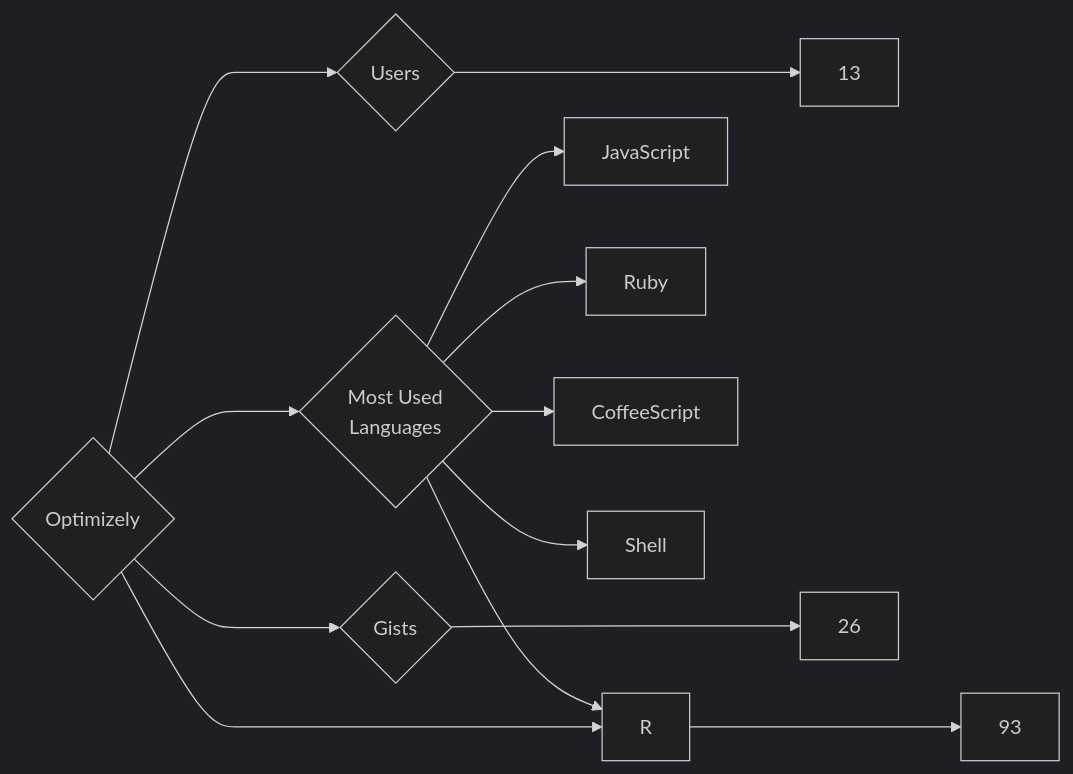
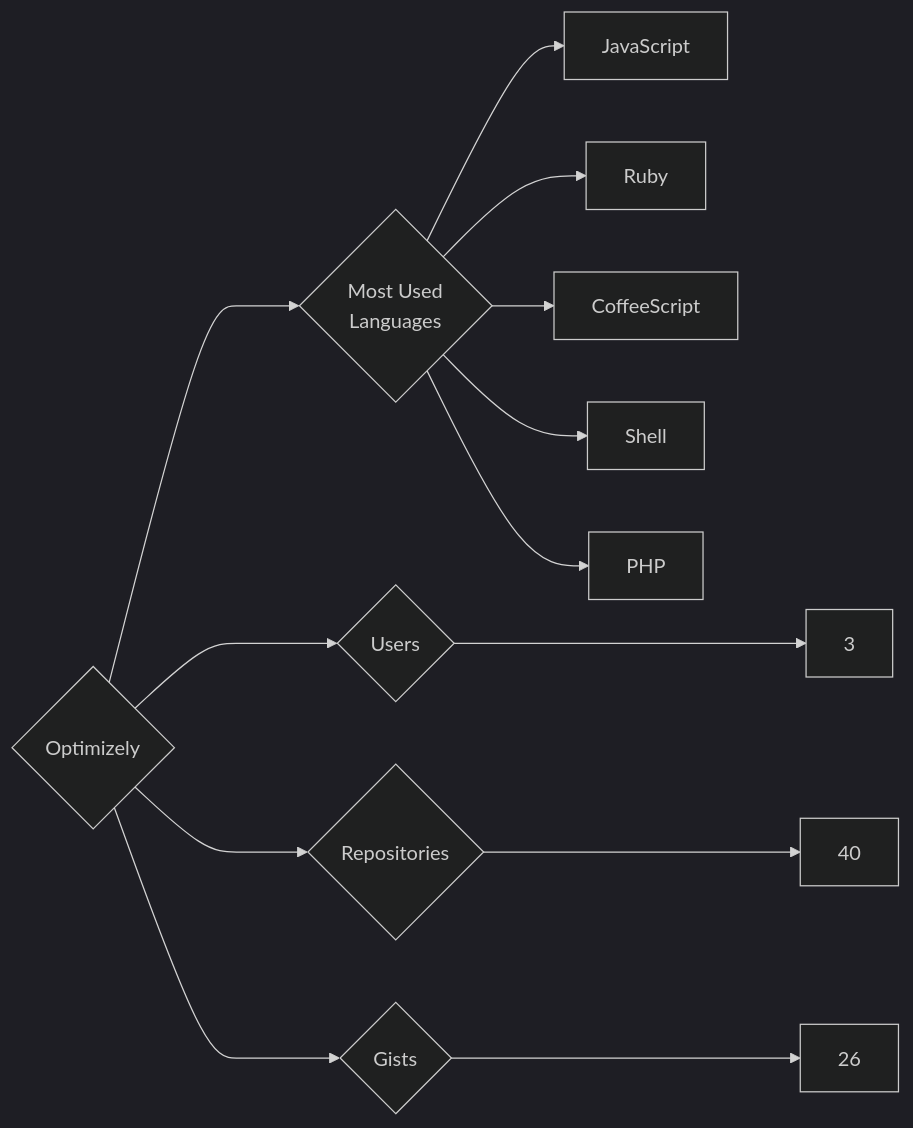
One commit to trickest/insiders changed the diagram in targets/Optimizely/README.md. Above: the diagram before and after it, drawn with Mermaid (dark theme). The commit also changed 1248 other files, not shown here.

````diff
--- a/targets/Optimizely/README.md
+++ b/targets/Optimizely/README.md
@@ -3,13 +3,13 @@
 ```mermaid
 graph LR
 COMPANY_NAME{Optimizely}
-COMPANY_NAME ---> U{Users} ---> UN[13]
-COMPANY_NAME ---> R{Repositories} ---> RN[93]
+COMPANY_NAME ---> U{Users} ---> UN[3]
+COMPANY_NAME ---> R{Repositories} ---> RN[40]
 COMPANY_NAME ---> G{Gists} ---> GN[26]
 COMPANY_NAME ---> ML{Most Used<br>Languages}
 ML --> JavaScript[JavaScript]
 ML --> Ruby[Ruby]
 ML --> CoffeeScript[CoffeeScript]
 ML --> Shell[Shell]
-ML --> R[R]
+ML --> PHP[PHP]
 ```
````
